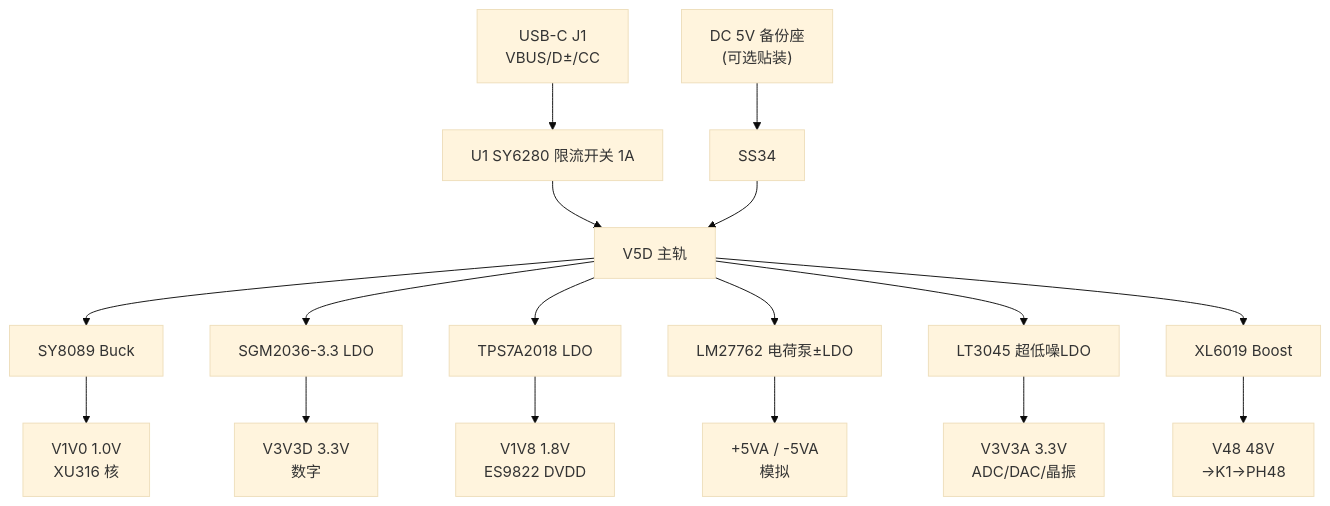
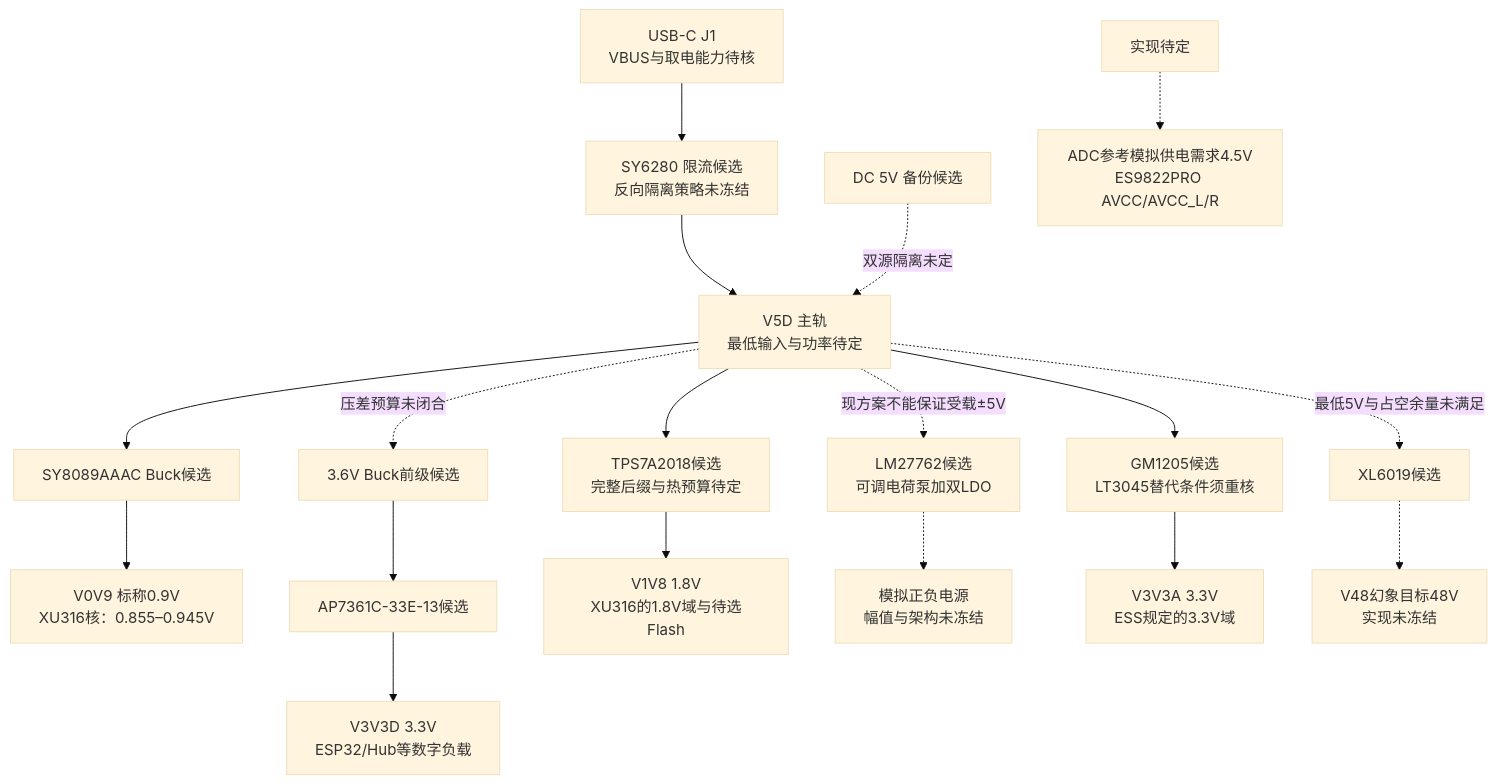
The diagram in docs/schematic/01-power.md (keven1229/asio-sound-card), drawn with Mermaid (base theme) before and after one commit. The commit also changed other lines of this file and 145 other files, not shown here.

Commit message:
Add Rev A schematic drafts, datasheet audits, and development tooling

````diff
--- a/docs/schematic/01-power.md
+++ b/docs/schematic/01-power.md
@@ -5,11 +11,12 @@
 ```mermaid
 flowchart TD
-  J1["USB-C J1<br/>VBUS/D±/CC"] --> F1["U1 SY6280 限流开关 1A"] --> V5D["V5D 主轨"]
-  JDC["DC 5V 备份座<br/>(可选贴装)"] --> D1["SS34"] --> V5D
-  V5D --> U2["SY8089 Buck"] --> V1V0["V1V0 1.0V<br/>XU316 核"]
-  V5D --> U3["SGM2036-3.3 LDO"] --> V3V3D["V3V3D 3.3V<br/>数字"]
-  V5D --> U4["TPS7A2018 LDO"] --> V1V8["V1V8 1.8V<br/>ES9822 DVDD"]
-  V5D --> U5["LM27762 电荷泵±LDO"] --> PA["+5VA / -5VA<br/>模拟"]
-  V5D --> U6["LT3045 超低噪LDO"] --> V3V3A["V3V3A 3.3V<br/>ADC/DAC/晶振"]
-  V5D --> U7["XL6019 Boost"] --> V48["V48 48V<br/>→K1→PH48"]
+  J1["USB-C J1<br/>VBUS与取电能力待核"] --> U1["SY6280 限流候选<br/>反向隔离策略未冻结"] --> V5D["V5D 主轨<br/>最低输入与功率待定"]
+  JDC["DC 5V 备份候选"] -.双源隔离未定.-> V5D
+  V5D --> U2["SY8089AAAC Buck候选"] --> V0V9["V0V9 标称0.9V<br/>XU316核：0.855–0.945V"]
+  V5D -.压差预算未闭合.-> U2B["3.6V Buck前级候选"] --> U3["AP7361C-33E-13候选"] --> V3V3D["V3V3D 3.3V<br/>ESP32/Hub等数字负载"]
+  V5D --> U4["TPS7A2018候选<br/>完整后缀与热预算待定"] --> V1V8["V1V8 1.8V<br/>XU316的1.8V域与待选Flash"]
+  V5D -.现方案不能保证受载±5V.-> U5["LM27762候选<br/>可调电荷泵加双LDO"] -.-> PA["模拟正负电源<br/>幅值与架构未冻结"]
+  V5D --> U6["GM1205候选<br/>LT3045替代条件须重核"] --> V3V3A["V3V3A 3.3V<br/>ESS规定的3.3V域"]
+  ADCREF["实现待定"] -.-> V4V5["ADC参考模拟供电需求4.5V<br/>ES9822PRO AVCC/AVCC_L/R"]
+  V5D -.最低5V与占空余量未满足.-> U7["XL6019候选"] -.-> V48["V48幻象目标48V<br/>实现未冻结"]
 ```
````
